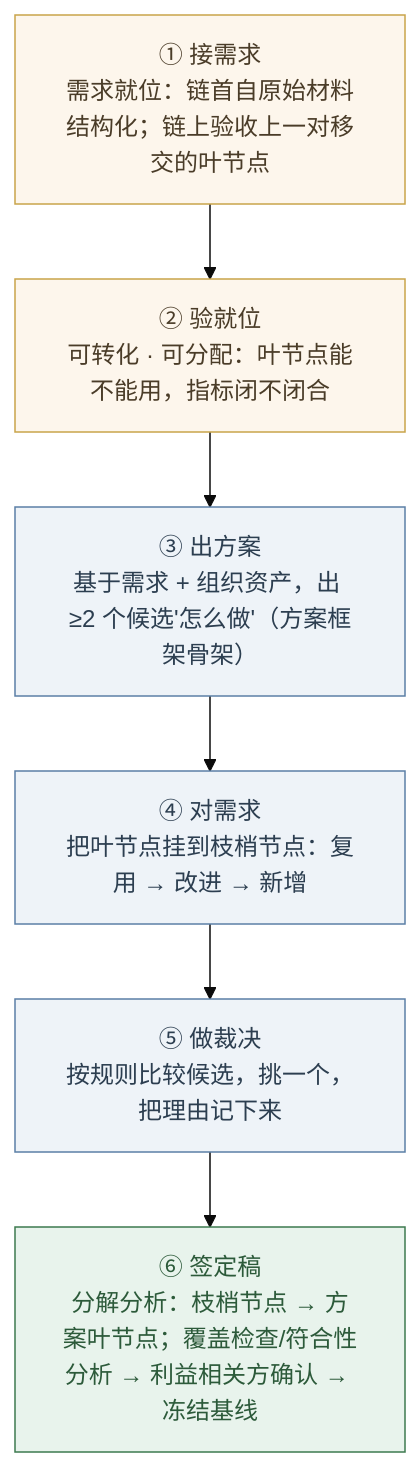
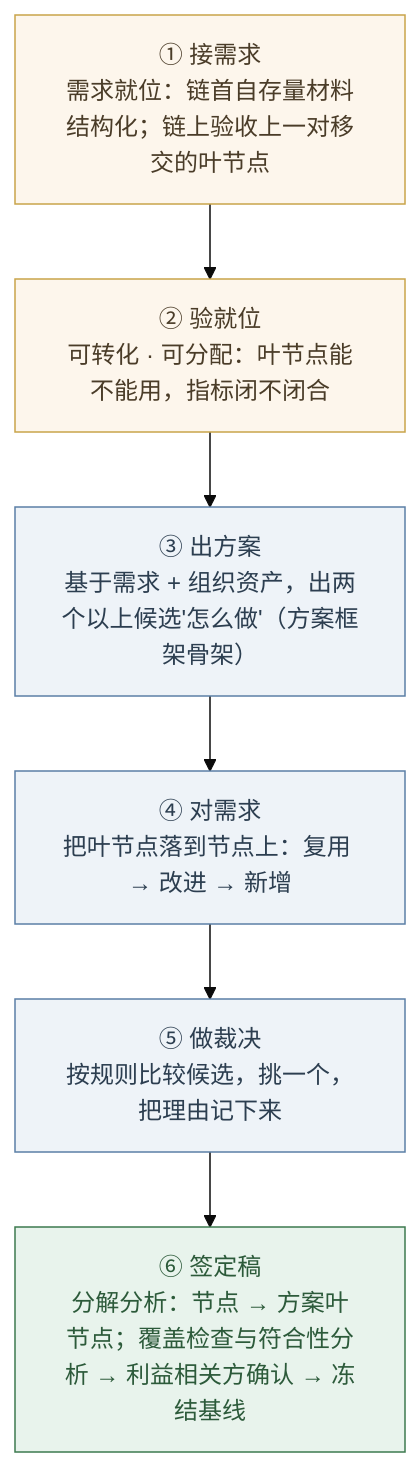
Before and after one commit to Yongjunzhou/AOS-system-design: the fourth of 4 diagrams in 100-subprojects/01-系统工程研究/03-架构师是个怎样的物种/06-第6章-设计开发落地-需求与方案结对.md, drawn with Mermaid (base theme). The commit also changed other lines of this file and 8 other files, not shown here.

````diff
--- a/100-subprojects/01-系统工程研究/03-架构师是个怎样的物种/06-第6章-设计开发落地-需求与方案结对.md
+++ b/100-subprojects/01-系统工程研究/03-架构师是个怎样的物种/06-第6章-设计开发落地-需求与方案结对.md
@@ -897,16 +878,16 @@
 ```mermaid
 flowchart TB
-    A["① 接需求<br/>需求就位：链首自原始材料结构化；链上验收上一对移交的叶节点"]
+    A["① 接需求<br/>需求就位：链首自存量材料结构化；链上验收上一对移交的叶节点"]
     B["② 验就位<br/>可转化 · 可分配：叶节点能不能用，指标闭不闭合"]
-    C["③ 出方案<br/>基于需求 + 组织资产，出 ≥2 个候选'怎么做'（方案框架骨架）"]
-    D["④ 对需求<br/>把叶节点挂到枝梢节点：复用 → 改进 → 新增"]
+    C["③ 出方案<br/>基于需求 + 组织资产，出两个以上候选'怎么做'（方案框架骨架）"]
+    D["④ 对需求<br/>把叶节点落到节点上：复用 → 改进 → 新增"]
     E["⑤ 做裁决<br/>按规则比较候选，挑一个，把理由记下来"]
-    F["⑥ 签定稿<br/>分解分析：枝梢节点 → 方案叶节点；覆盖检查/符合性分析 → 利益相关方确认 → 冻结基线"]
+    F["⑥ 签定稿<br/>分解分析：节点 → 方案叶节点；覆盖检查与符合性分析 → 利益相关方确认 → 冻结基线"]
     A --> B --> C --> D --> E --> F
     classDef req fill:#fdf6ec,stroke:#c9a44a,color:#4a3c28;
     classDef sol fill:#eef3f8,stroke:#5b7fa6,color:#2c3e50;
     classDef fin fill:#e8f3ec,stroke:#3d7a4f,color:#2c5a3a;
     class A,B req;
     class C,D,E sol;
     class F fin;
 ```
````
